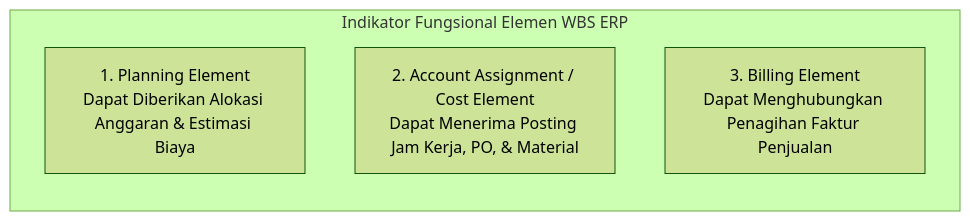
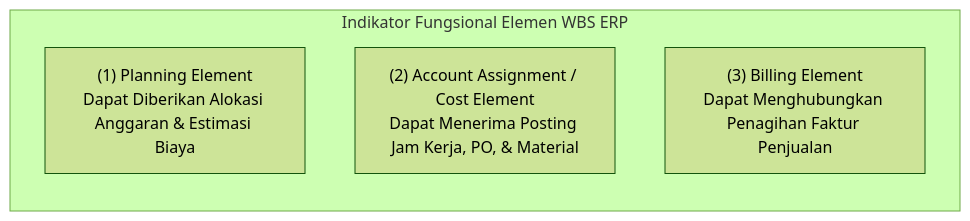
The second of 3 diagrams in content/09-project/project-structure-and-work-breakdown.md (alimurrofid/erp-notes), drawn with Mermaid (forest theme) before and after one commit. The commit also changed 132 other files, not shown here.

````diff
--- a/content/09-project/project-structure-and-work-breakdown.md
+++ b/content/09-project/project-structure-and-work-breakdown.md
@@ -46,8 +46,8 @@
 ```mermaid
 graph LR
     subgraph WBSAttributes["Indikator Fungsional Elemen WBS ERP"]
-        Plan["1. Planning Element<br/>Dapat Diberikan Alokasi Anggaran & Estimasi Biaya"]
-        Cost["2. Account Assignment / Cost Element<br/>Dapat Menerima Posting Jam Kerja, PO, & Material"]
-        Bill["3. Billing Element<br/>Dapat Menghubungkan Penagihan Faktur Penjualan"]
+        Plan["(1) Planning Element<br/>Dapat Diberikan Alokasi Anggaran & Estimasi Biaya"]
+        Cost["(2) Account Assignment / Cost Element<br/>Dapat Menerima Posting Jam Kerja, PO, & Material"]
+        Bill["(3) Billing Element<br/>Dapat Menghubungkan Penagihan Faktur Penjualan"]
     end
 ```
````
